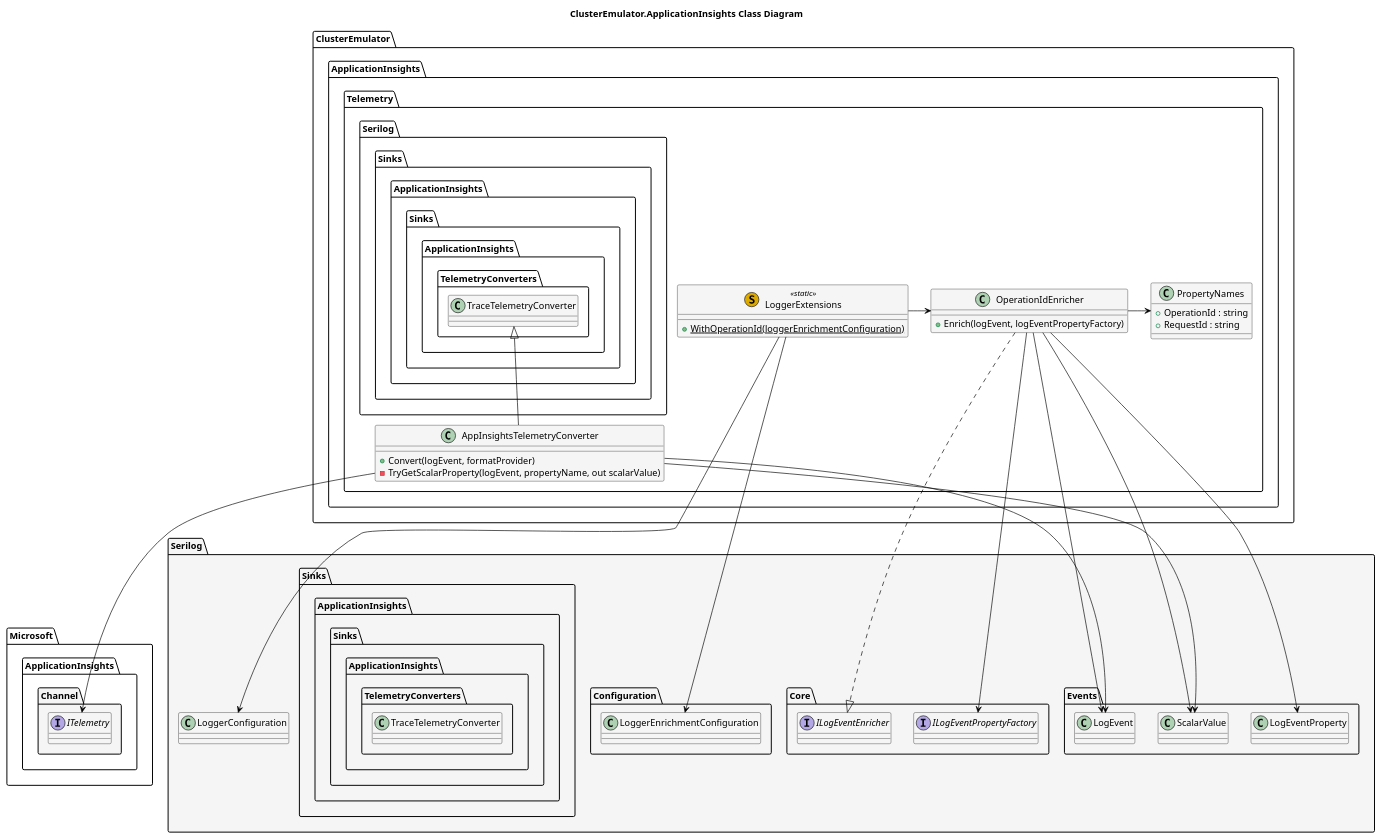
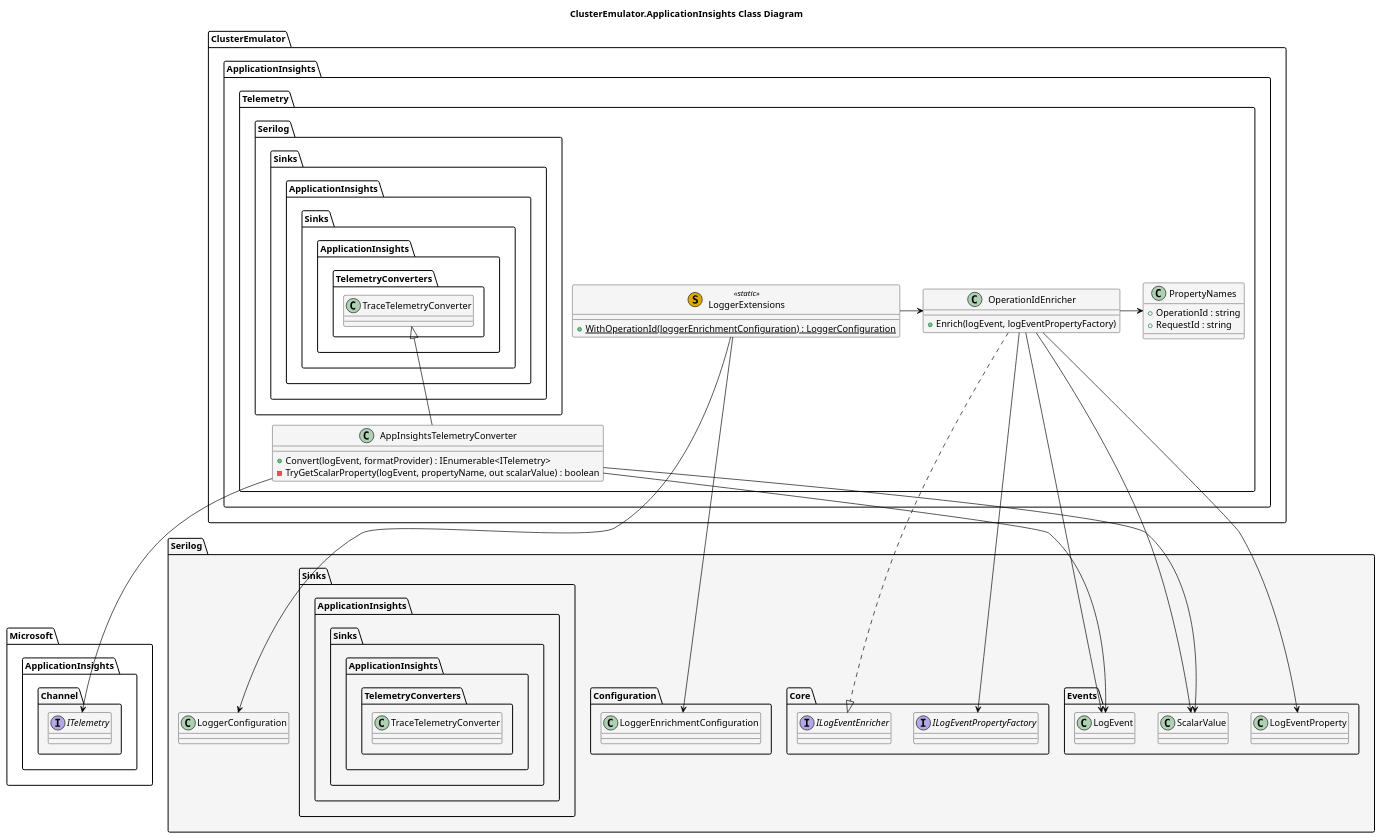
Before and after one commit to K-Cully/performance-of-microservices: the diagram in plantuml_diagrams/ClassDiagram_ApplicationInsights.wsd, drawn with PlantUML. The commit also changed 1 other file, not shown here.

Commit message:
Update class diagrams

```diff
--- a/plantuml_diagrams/ClassDiagram_ApplicationInsights.wsd
+++ b/plantuml_diagrams/ClassDiagram_ApplicationInsights.wsd
@@ -1,75 +1,75 @@
 @startuml
 
 title ClusterEmulator.ApplicationInsights Class Diagram
 
 skinparam class {
     FontName Arial
     BorderColor black
     BackgroundColor whitesmoke
     ArrowColor black
 }
 
 namespace ClusterEmulator.ApplicationInsights.Telemetry {
     class AppInsightsTelemetryConverter extends Serilog.Sinks.ApplicationInsights.Sinks.ApplicationInsights.TelemetryConverters.TraceTelemetryConverter {
-        + Convert(logEvent, formatProvider)
-        - TryGetScalarProperty(logEvent, propertyName, out scalarValue)
+        + Convert(logEvent, formatProvider) : IEnumerable<ITelemetry>
+        - TryGetScalarProperty(logEvent, propertyName, out scalarValue) : boolean
     }
 
     class LoggerExtensions << (S,#DDAA00) static >> {
-        {static} + WithOperationId(loggerEnrichmentConfiguration)
+        {static} + WithOperationId(loggerEnrichmentConfiguration) : LoggerConfiguration
     }
 
     class OperationIdEnricher {
         + Enrich(logEvent, logEventPropertyFactory)
     }
 
     class PropertyNames {
         + OperationId : string
         + RequestId : string
     }
 
     LoggerExtensions -right-> OperationIdEnricher
     OperationIdEnricher -right-> PropertyNames
 }
 
 namespace Microsoft.ApplicationInsights.Channel #whitesmoke {
     interface ITelemetry
 }
 
 namespace Serilog #whitesmoke {
     class LoggerConfiguration
 
     namespace Core #whitesmoke {
         interface ILogEventEnricher
         interface ILogEventPropertyFactory
     }
 
     namespace Configuration #whitesmoke {
         class LoggerEnrichmentConfiguration
     }
 
     namespace Events #whitesmoke {
         class LogEvent
         class ScalarValue
         class LogEventProperty
     }
 }
 
 namespace Serilog.Sinks.ApplicationInsights.Sinks.ApplicationInsights.TelemetryConverters #whitesmoke {
     class TraceTelemetryConverter
 }
 
 ClusterEmulator.ApplicationInsights.Telemetry.AppInsightsTelemetryConverter --> Microsoft.ApplicationInsights.Channel.ITelemetry
 ClusterEmulator.ApplicationInsights.Telemetry.AppInsightsTelemetryConverter --> Serilog.Events.LogEvent
 ClusterEmulator.ApplicationInsights.Telemetry.AppInsightsTelemetryConverter --> Serilog.Events.ScalarValue
 
 ClusterEmulator.ApplicationInsights.Telemetry.LoggerExtensions --> Serilog.LoggerConfiguration
 ClusterEmulator.ApplicationInsights.Telemetry.LoggerExtensions --> Serilog.Configuration.LoggerEnrichmentConfiguration
 
 ClusterEmulator.ApplicationInsights.Telemetry.OperationIdEnricher --> Serilog.Core.ILogEventPropertyFactory
 ClusterEmulator.ApplicationInsights.Telemetry.OperationIdEnricher ..|> Serilog.Core.ILogEventEnricher
 ClusterEmulator.ApplicationInsights.Telemetry.OperationIdEnricher --> Serilog.Events.LogEvent
 ClusterEmulator.ApplicationInsights.Telemetry.OperationIdEnricher --> Serilog.Events.LogEventProperty
 ClusterEmulator.ApplicationInsights.Telemetry.OperationIdEnricher --> Serilog.Events.ScalarValue
 
 @enduml
```
